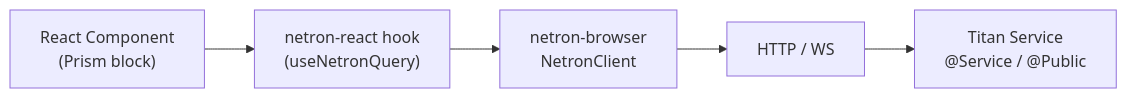
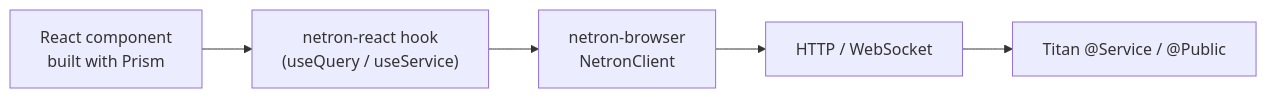
Before and after one commit to omnitron-dev/website: the diagram in docs/frontend/overview.md, drawn with Mermaid. The commit also changed other lines of this file and 3 other files, not shown here.

First line of the commit message:
docs(frontend): comprehensive rewrite of prism / netron-browser / netron-react

````diff
--- a/docs/frontend/overview.md
+++ b/docs/frontend/overview.md
@@ -22,10 +23,10 @@
 ```mermaid
 flowchart LR
-    Comp["React Component\n(Prism block)"]
-    Hook["netron-react hook\n(useNetronQuery)"]
-    Client["netron-browser\nNetronClient"]
-    Wire["HTTP / WS"]
-    Server["Titan Service\n@Service / @Public"]
+  Comp["React component<br/>built with Prism"]
+  Hook["netron-react hook<br/>(useQuery / useService)"]
+  Client["netron-browser<br/>NetronClient"]
+  Wire["HTTP / WebSocket"]
+  Server["Titan @Service / @Public"]
 
-    Comp --> Hook --> Client --> Wire --> Server
+  Comp --> Hook --> Client --> Wire --> Server
 ```
````
